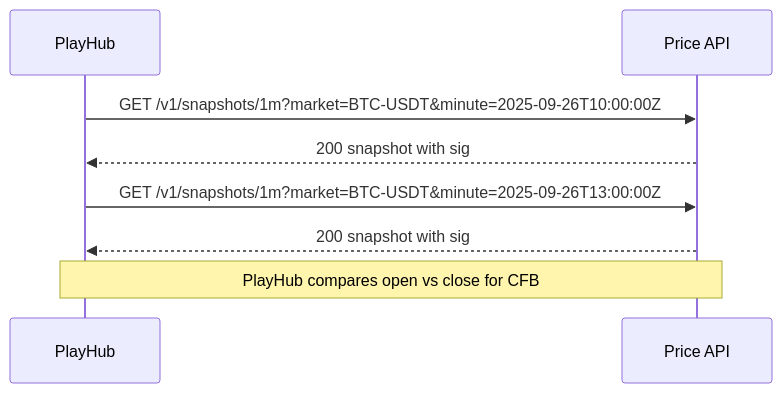
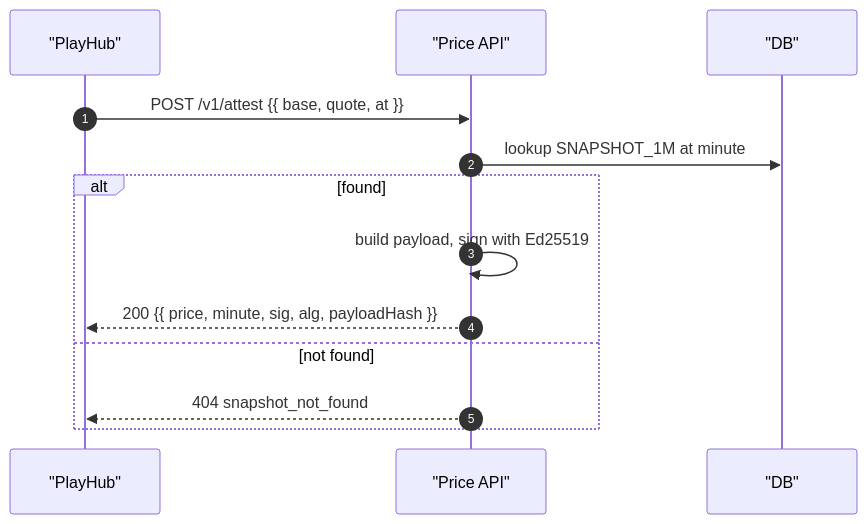
Before and after one commit to fuzeac/fuze-telegram-mini-app: the third of 5 diagrams in miniapp-price-service.md, drawn with Mermaid. The commit also changed other lines of this file, not shown here.

````diff
--- a/miniapp-price-service.md
+++ b/miniapp-price-service.md
@@ -114,10 +125,15 @@
 ```mermaid
 sequenceDiagram
-  participant PH as PlayHub
-  participant API as Price API
-  PH->>API: GET /v1/snapshots/1m?market=BTC-USDT&minute=2025-09-26T10:00:00Z
-  API-->>PH: 200 snapshot with sig
-  PH->>API: GET /v1/snapshots/1m?market=BTC-USDT&minute=2025-09-26T13:00:00Z
-  API-->>PH: 200 snapshot with sig
-  Note over PH,API: PlayHub compares open vs close for CFB
+  autonumber
+  participant PH as "PlayHub"
+  participant API as "Price API"
+  participant DB as "DB"
+  PH->>API: POST /v1/attest {{ base, quote, at }}
+  API->>DB: lookup SNAPSHOT_1M at minute
+  alt found
+    API->>API: build payload, sign with Ed25519
+    API-->>PH: 200 {{ price, minute, sig, alg, payloadHash }}
+  else not found
+    API-->>PH: 404 snapshot_not_found
+  end
 ```
````
